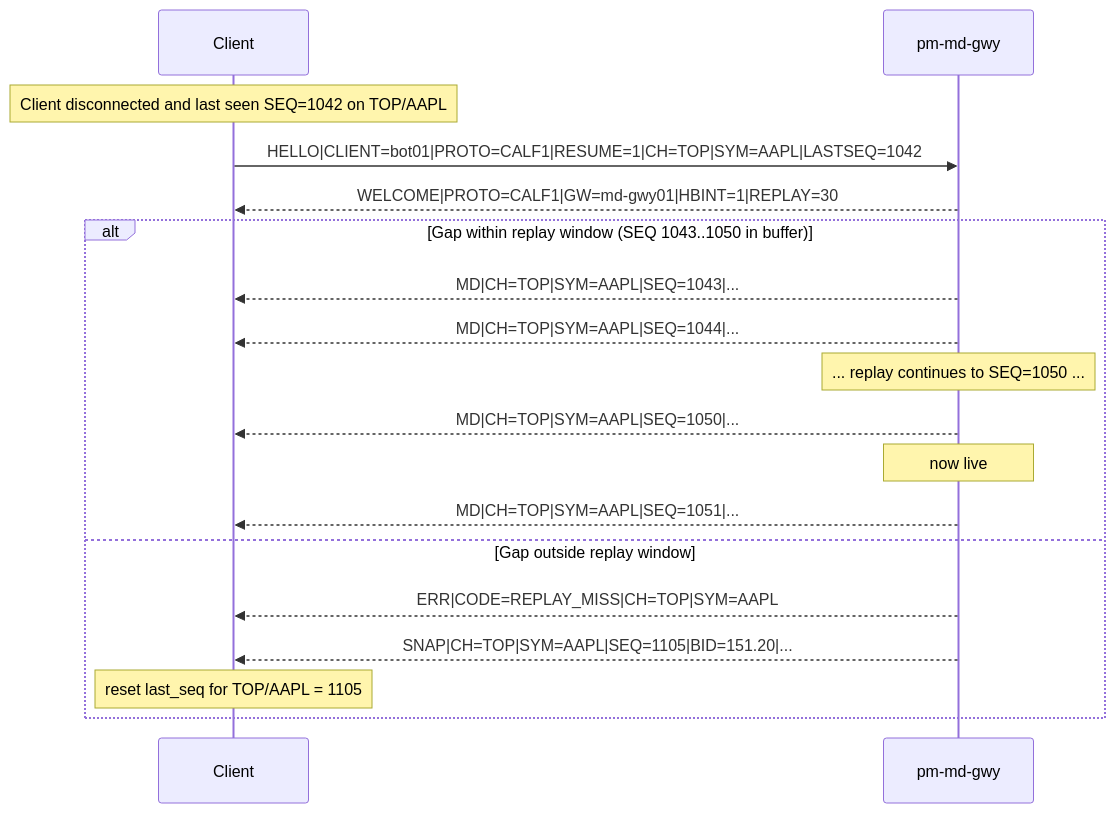
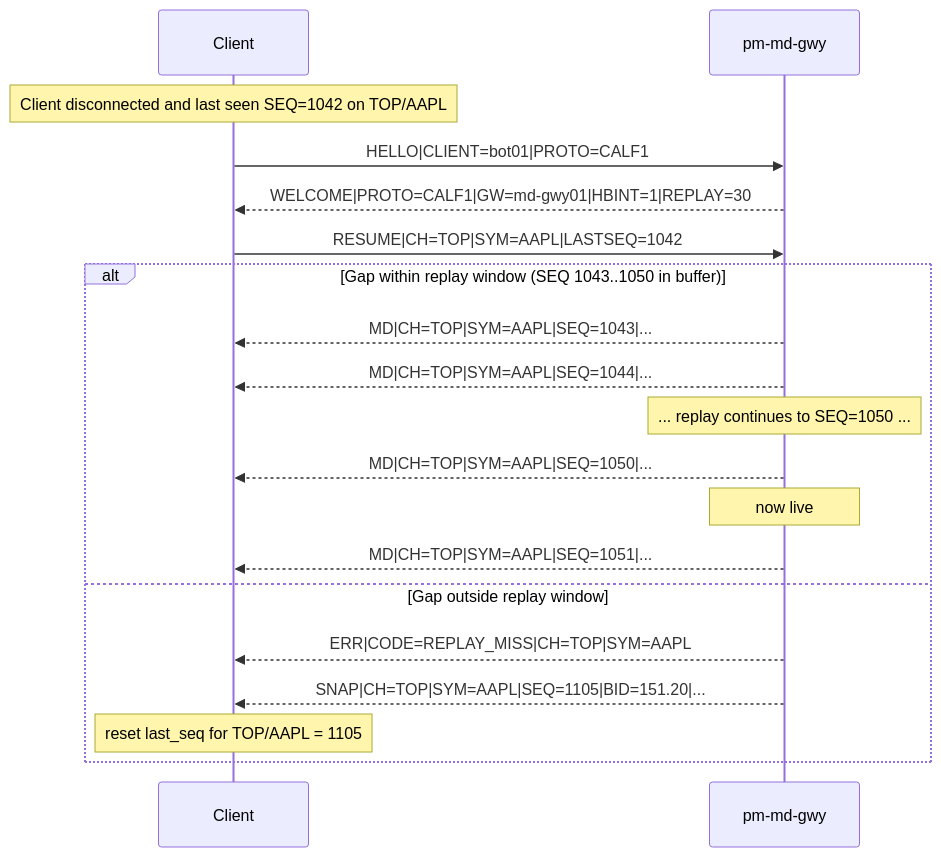
One commit to johan162/EduMatcher changed the fourth of 7 diagrams in docs-design/EduMatcher-Market_Data_Protocol.md. Above: the diagram before and after it, drawn with Mermaid. The commit also changed other lines of this file and 52 other files, not shown here.

````diff
--- a/docs-design/EduMatcher-Market_Data_Protocol.md
+++ b/docs-design/EduMatcher-Market_Data_Protocol.md
@@ -387,23 +392,24 @@
 ```mermaid
 sequenceDiagram
     participant C as Client
     participant G as pm-md-gwy
 
     Note over C: Client disconnected and last seen SEQ=1042 on TOP/AAPL
 
-    C->>G: HELLO|CLIENT=bot01|PROTO=CALF1|RESUME=1|CH=TOP|SYM=AAPL|LASTSEQ=1042
+    C->>G: HELLO|CLIENT=bot01|PROTO=CALF1
     G-->>C: WELCOME|PROTO=CALF1|GW=md-gwy01|HBINT=1|REPLAY=30
+    C->>G: RESUME|CH=TOP|SYM=AAPL|LASTSEQ=1042
 
     alt Gap within replay window (SEQ 1043..1050 in buffer)
         G-->>C: MD|CH=TOP|SYM=AAPL|SEQ=1043|...
         G-->>C: MD|CH=TOP|SYM=AAPL|SEQ=1044|...
         Note over G: ... replay continues to SEQ=1050 ...
         G-->>C: MD|CH=TOP|SYM=AAPL|SEQ=1050|...
         Note over G: now live
         G-->>C: MD|CH=TOP|SYM=AAPL|SEQ=1051|...
     else Gap outside replay window
         G-->>C: ERR|CODE=REPLAY_MISS|CH=TOP|SYM=AAPL
         G-->>C: SNAP|CH=TOP|SYM=AAPL|SEQ=1105|BID=151.20|...
         Note over C: reset last_seq for TOP/AAPL = 1105
     end
 ```
````
